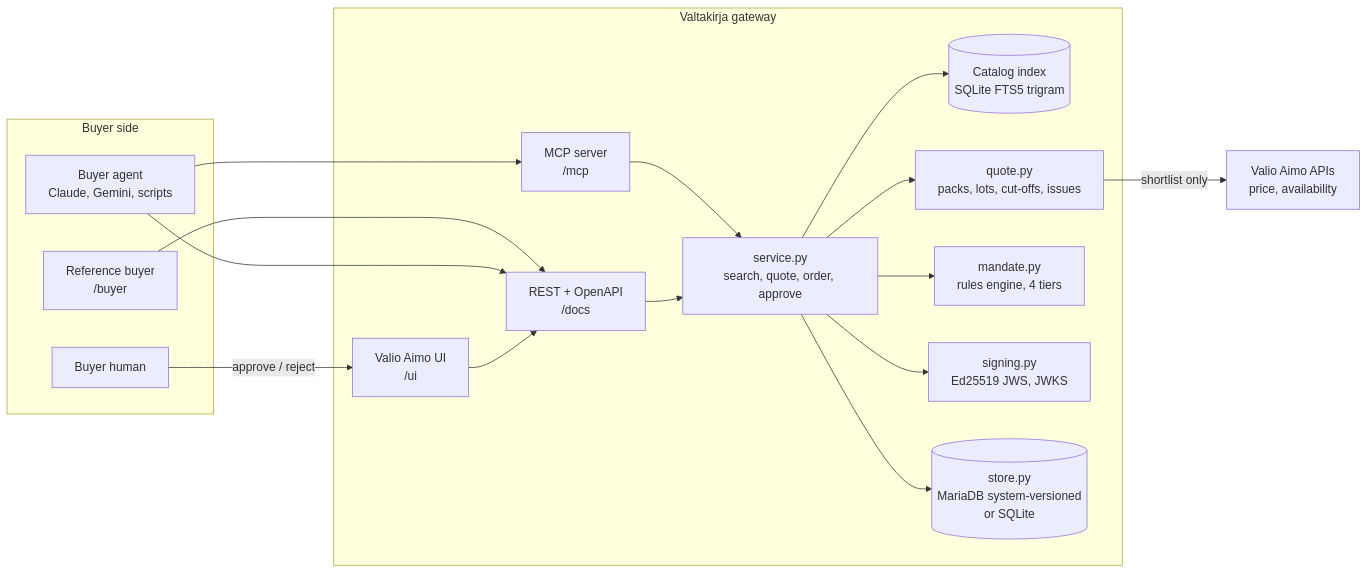
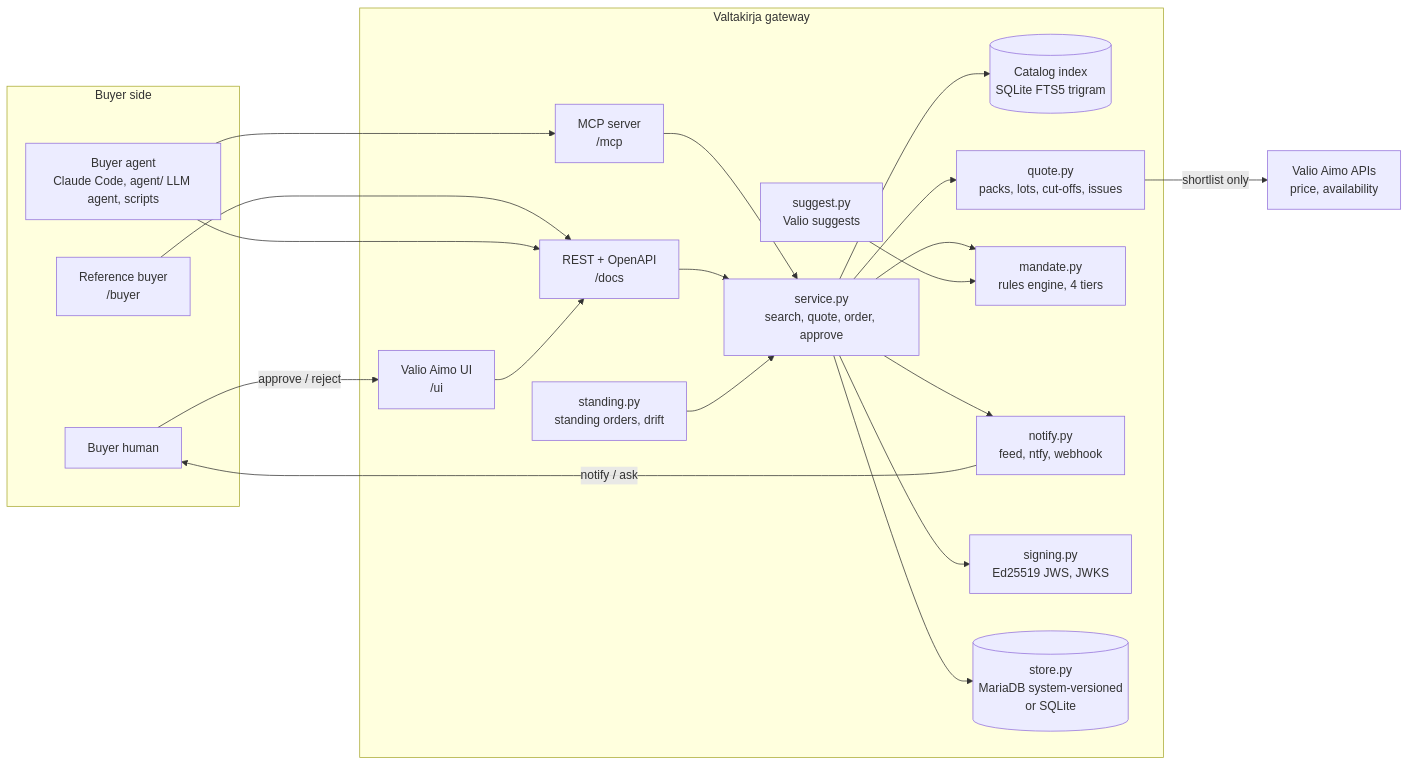
Before and after one commit to Zawaer/sous-gateway: the diagram in README.md, drawn with Mermaid. The commit also changed other lines of this file and 2 other files, not shown here.

Commit message:
Docs: README, STATUS and PROTOCOL cover standing orders, suggestions, notifications, LLM agent, CI and deployments

````diff
--- a/README.md
+++ b/README.md
@@ -73,30 +125,36 @@
 ```mermaid
 flowchart LR
     subgraph Buyer side
         H[Buyer human]
-        A[Buyer agent<br/>Claude, Gemini, scripts]
+        A[Buyer agent<br/>Claude Code, agent/ LLM agent, scripts]
         B[Reference buyer<br/>/buyer]
     end
     subgraph Valtakirja gateway
         MCP[MCP server<br/>/mcp]
         REST[REST + OpenAPI<br/>/docs]
         SVC[service.py<br/>search, quote, order, approve]
         CAT[(Catalog index<br/>SQLite FTS5 trigram)]
         Q[quote.py<br/>packs, lots, cut-offs, issues]
         M[mandate.py<br/>rules engine, 4 tiers]
+        SO[standing.py<br/>standing orders, drift]
+        SG[suggest.py<br/>Valio suggests]
+        N[notify.py<br/>feed, ntfy, webhook]
         SIG[signing.py<br/>Ed25519 JWS, JWKS]
         ST[(store.py<br/>MariaDB system-versioned<br/>or SQLite)]
         UI[Valio Aimo UI<br/>/ui]
     end
     V[Valio Aimo APIs<br/>price, availability]
 
     A --> MCP --> SVC
     B --> REST
     A --> REST --> SVC
     H -- approve / reject --> UI --> REST
     SVC --> CAT
     SVC --> Q -- shortlist only --> V
     SVC --> M
+    SO --> SVC
+    SG --> M
+    SVC --> N -- notify / ask --> H
     SVC --> SIG
     SVC --> ST
 ```
````
